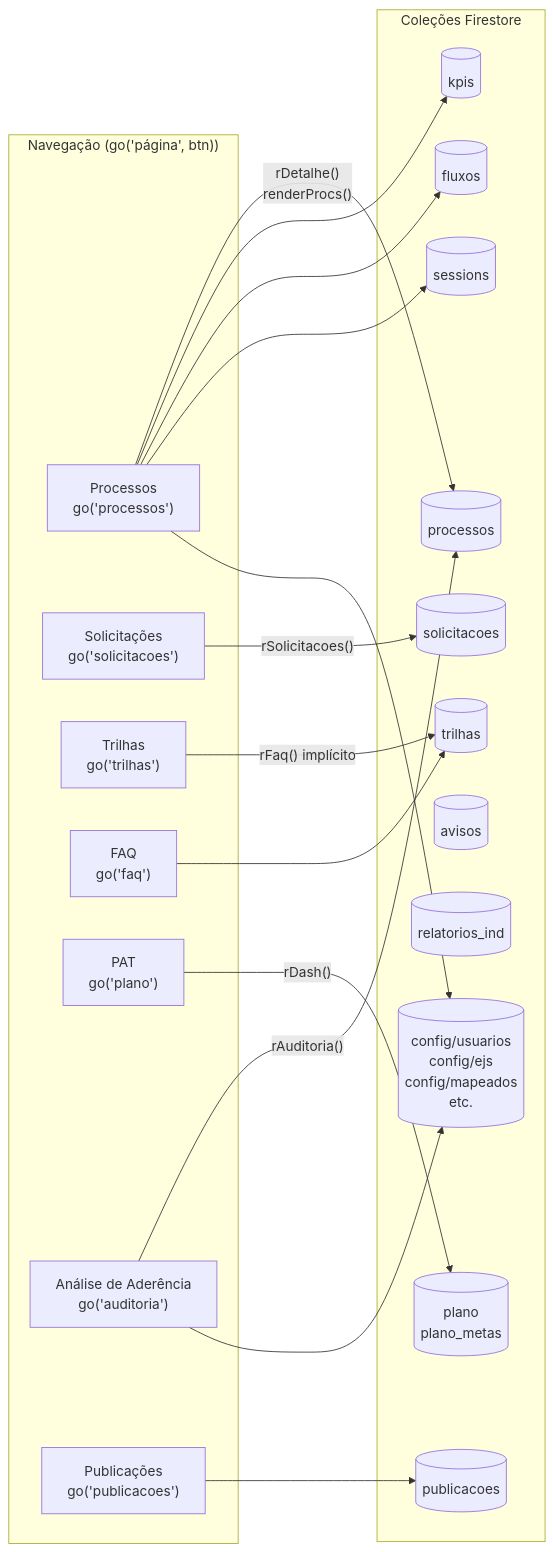
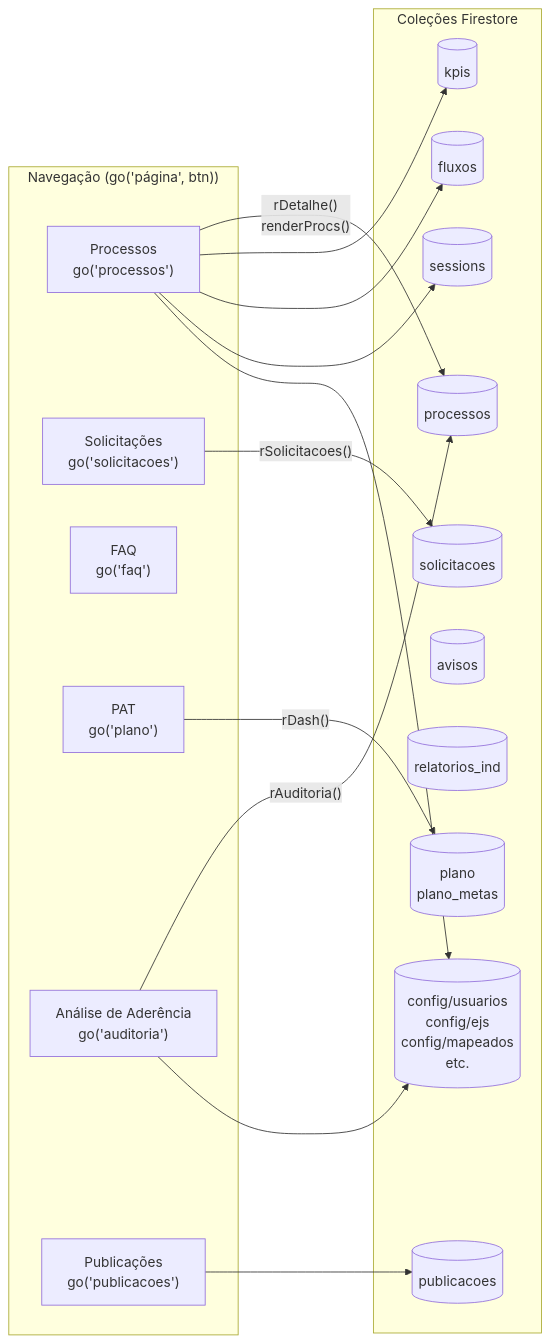
The second of 6 diagrams in docs/architecture/diagrama-arquitetura.md (EPPCAGE/siga2.0), drawn with Mermaid before and after one commit. The commit also changed other lines of this file and 15 other files, not shown here.

````diff
--- a/docs/architecture/diagrama-arquitetura.md
+++ b/docs/architecture/diagrama-arquitetura.md
@@ -64,39 +64,35 @@
 ```mermaid
 graph LR
   subgraph NAV["Navegação (go('página', btn))"]
     PROC["Processos\ngo('processos')"]
     SOL["Solicitações\ngo('solicitacoes')"]
-    TRI["Trilhas\ngo('trilhas')"]
     FAQ["FAQ\ngo('faq')"]
     PLANO["PAT\ngo('plano')"]
     AUD["Análise de Aderência\ngo('auditoria')"]
     PUB["Publicações\ngo('publicacoes')"]
   end
 
   subgraph FIRE["Coleções Firestore"]
     C1[("processos")]
     C2[("solicitacoes")]
-    C3[("trilhas")]
     C4[("plano\nplano_metas")]
     C5[("publicacoes")]
     C6[("kpis")]
     C7[("avisos")]
     C8[("relatorios_ind")]
     C9[("fluxos")]
     C10[("sessions")]
     C11[("config/usuarios\nconfig/ejs\nconfig/mapeados\netc.")]
   end
 
   PROC -->|"rDetalhe()\nrenderProcs()"| C1
   PROC --> C6
   PROC --> C9
   SOL -->|"rSolicitacoes()"| C2
-  TRI -->|"rFaq() implícito"| C3
-  FAQ --> C3
   PLANO -->|"rDash()"| C4
   AUD -->|"rAuditoria()"| C1
   PUB --> C5
   PROC --> C10
   PROC --> C11
   AUD --> C11
 ```
````
